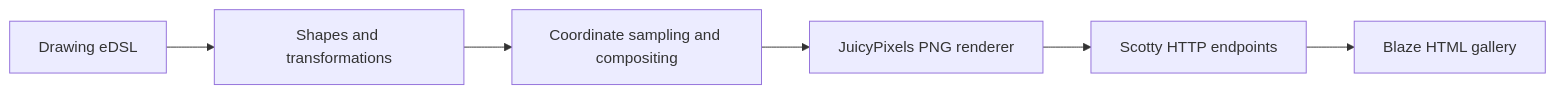
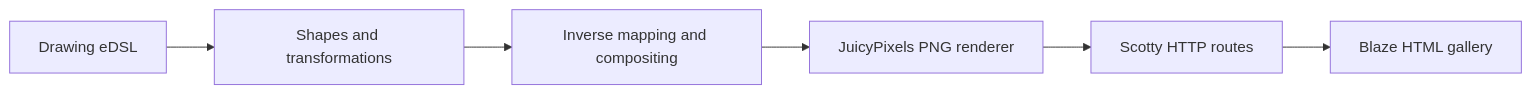
Before and after one commit to leahweldon/Haskell-Image-Server: the diagram in README.md, drawn with Mermaid. The commit also changed other lines of this file and 24 other files, not shown here.

````diff
--- a/README.md
+++ b/README.md
@@ -38,8 +73,8 @@
 ```mermaid
 flowchart LR
     A[Drawing eDSL] --> B[Shapes and transformations]
-    B --> C[Coordinate sampling and compositing]
+    B --> C[Inverse mapping and compositing]
     C --> D[JuicyPixels PNG renderer]
-    D --> E[Scotty HTTP endpoints]
+    D --> E[Scotty HTTP routes]
     E --> F[Blaze HTML gallery]
 ```
````
